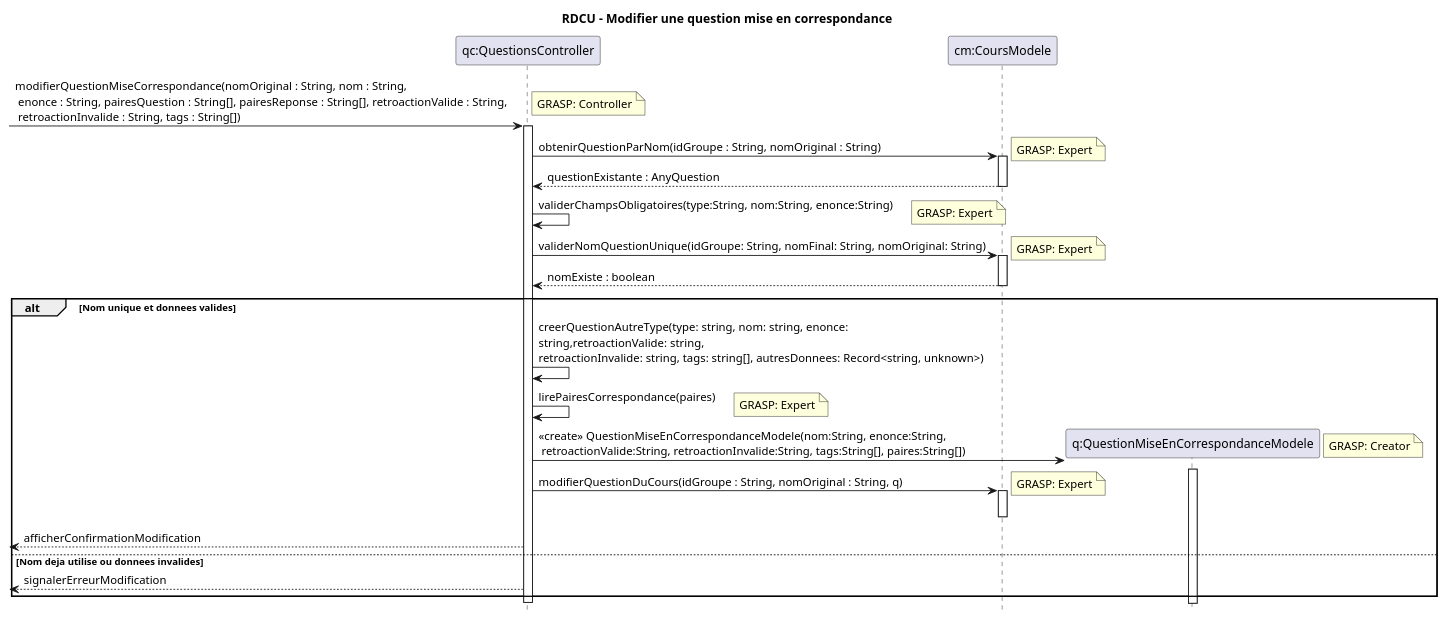
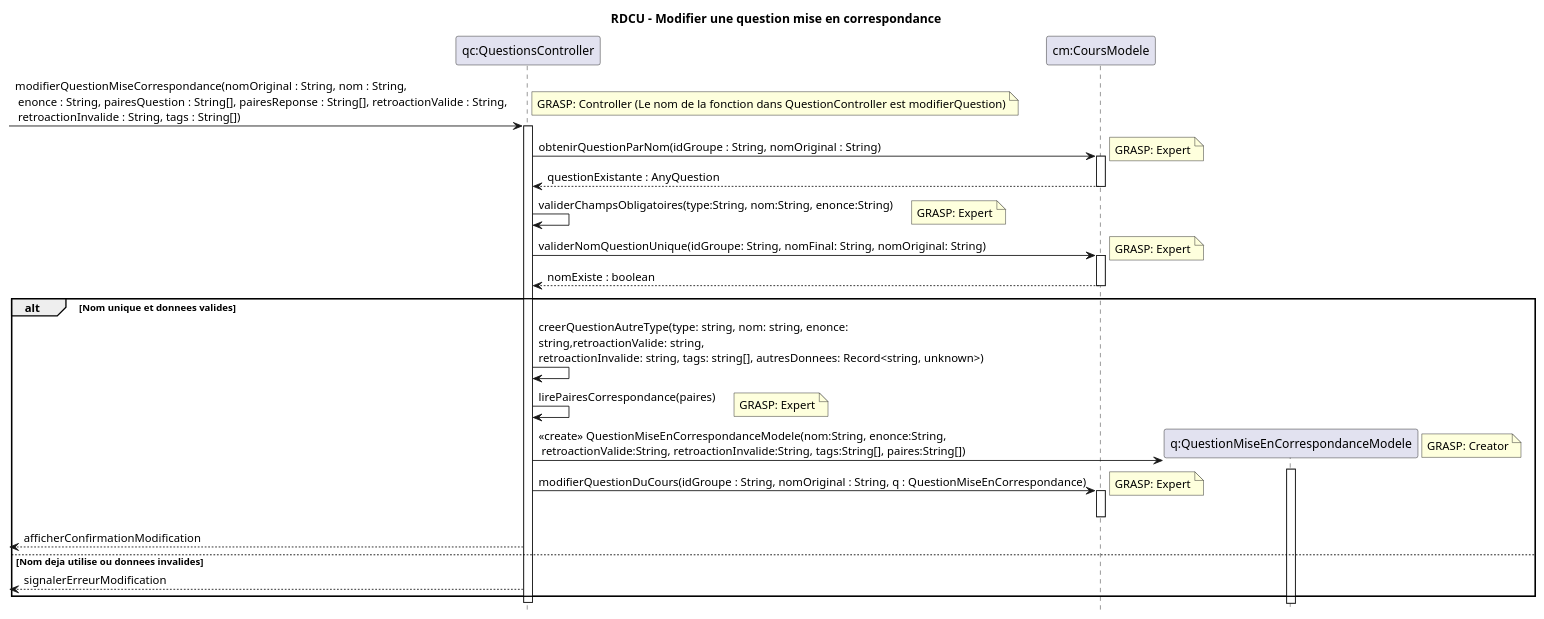
One commit to xMrYahya/moodle-clone changed the diagram in docs/modeles/cu02/rdcu-modifier-question-mise-en-correspondance.puml. Above: the diagram before and after it, drawn with PlantUML. The commit also changed 26 other files, not shown here.

Commit message:
Fix des diagrams ajout et modifier

```diff
--- a/docs/modeles/cu02/rdcu-modifier-question-mise-en-correspondance.puml
+++ b/docs/modeles/cu02/rdcu-modifier-question-mise-en-correspondance.puml
@@ -1,52 +1,53 @@
 @startuml
 hide footbox
 title RDCU - Modifier une question mise en correspondance
 
 participant "qc:QuestionsController" as QC
 participant "cm:CoursModele" as CM
 participant "q:QuestionMiseEnCorrespondanceModele" as Q
 
+
 -> QC : modifierQuestionMiseCorrespondance(nomOriginal : String, nom : String,\n enonce : String, pairesQuestion : String[], pairesReponse : String[], retroactionValide : String,\n retroactionInvalide : String, tags : String[])
-note right: GRASP: Controller
+note right: GRASP: Controller (Le nom de la fonction dans QuestionController est modifierQuestion)
 activate QC
 
 QC -> CM : obtenirQuestionParNom(idGroupe : String, nomOriginal : String)
 note right: GRASP: Expert
 activate CM
 CM --> QC : questionExistante : AnyQuestion
 deactivate CM
 
 QC -> QC : validerChampsObligatoires(type:String, nom:String, enonce:String)
 note right: GRASP: Expert
 
 QC -> CM : validerNomQuestionUnique(idGroupe: String, nomFinal: String, nomOriginal: String)
 note right: GRASP: Expert
 activate CM
 CM --> QC : nomExiste : boolean
 deactivate CM
 
 alt Nom unique et donnees valides
   QC -> QC : creerQuestionAutreType(type: string, nom: string, enonce: \nstring,retroactionValide: string, \nretroactionInvalide: string, tags: string[], autresDonnees: Record<string, unknown>)
 
 
   QC -> QC : lirePairesCorrespondance(paires)
   note right: GRASP: Expert
 
   create Q
   QC -> Q : <<create>> QuestionMiseEnCorrespondanceModele(nom:String, enonce:String,\n retroactionValide:String, retroactionInvalide:String, tags:String[], paires:String[])
   note right: GRASP: Creator
   activate Q
   deactivate Q
 
-  QC -> CM : modifierQuestionDuCours(idGroupe : String, nomOriginal : String, q)
+  QC -> CM : modifierQuestionDuCours(idGroupe : String, nomOriginal : String, q : QuestionMiseEnCorrespondance)
   note right: GRASP: Expert
   activate CM
   deactivate CM
 
   <-- QC : afficherConfirmationModification
 else Nom deja utilise ou donnees invalides
   <-- QC : signalerErreurModification
 end
 
 deactivate QC
 @enduml
```
